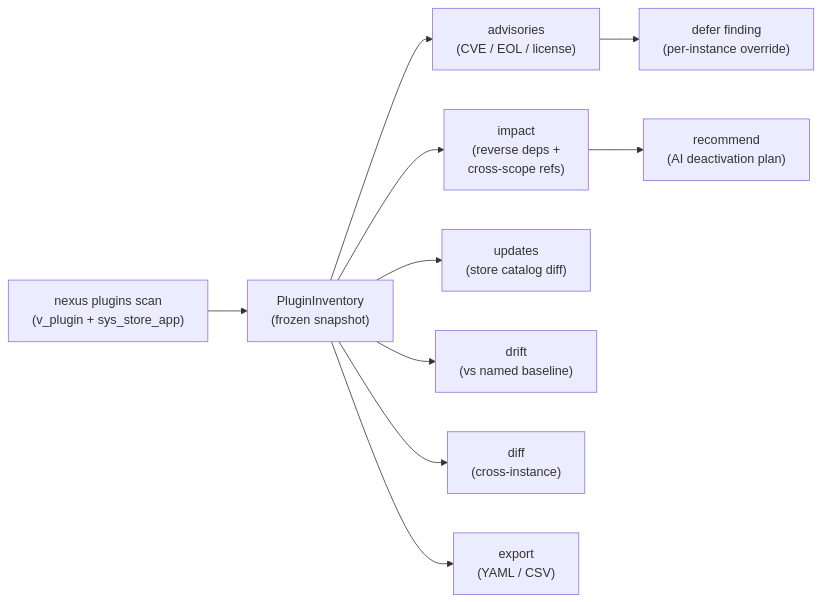
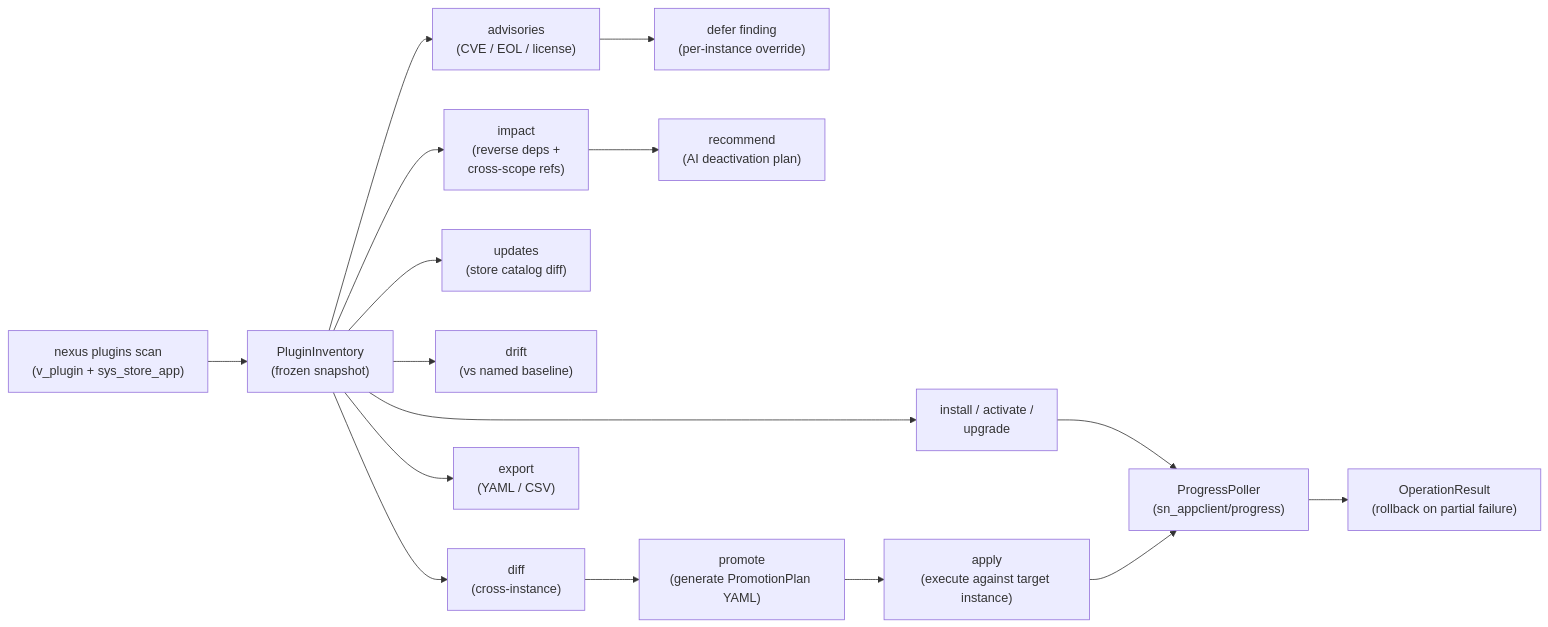
One commit to pierregrothe/nexus-sn changed the third of 3 diagrams in README.md. Above: the diagram before and after it, drawn with Mermaid. The commit also changed other lines of this file and 1 other file, not shown here.

First line of the commit message:
docs(readme): extend plugin management diagram with execution lifecycle

````diff
--- a/README.md
+++ b/README.md
@@ -141,13 +143,19 @@
 ```mermaid
 flowchart LR
     scan["nexus plugins scan\n(v_plugin + sys_store_app)"]
     --> inv["PluginInventory\n(frozen snapshot)"]
     inv --> adv["advisories\n(CVE / EOL / license)"]
     inv --> imp["impact\n(reverse deps +\ncross-scope refs)"]
     inv --> upd["updates\n(store catalog diff)"]
     inv --> drift["drift\n(vs named baseline)"]
     inv --> diff["diff\n(cross-instance)"]
     adv --> defer["defer finding\n(per-instance override)"]
     imp --> rec["recommend\n(AI deactivation plan)"]
     inv --> export["export\n(YAML / CSV)"]
+    diff --> promote["promote\n(generate PromotionPlan YAML)"]
+    promote --> apply["apply\n(execute against target instance)"]
+    inv --> exec["install / activate /\nupgrade"]
+    exec --> poll["ProgressPoller\n(sn_appclient/progress)"]
+    apply --> poll
+    poll --> result["OperationResult\n(rollback on partial failure)"]
 ```
````
